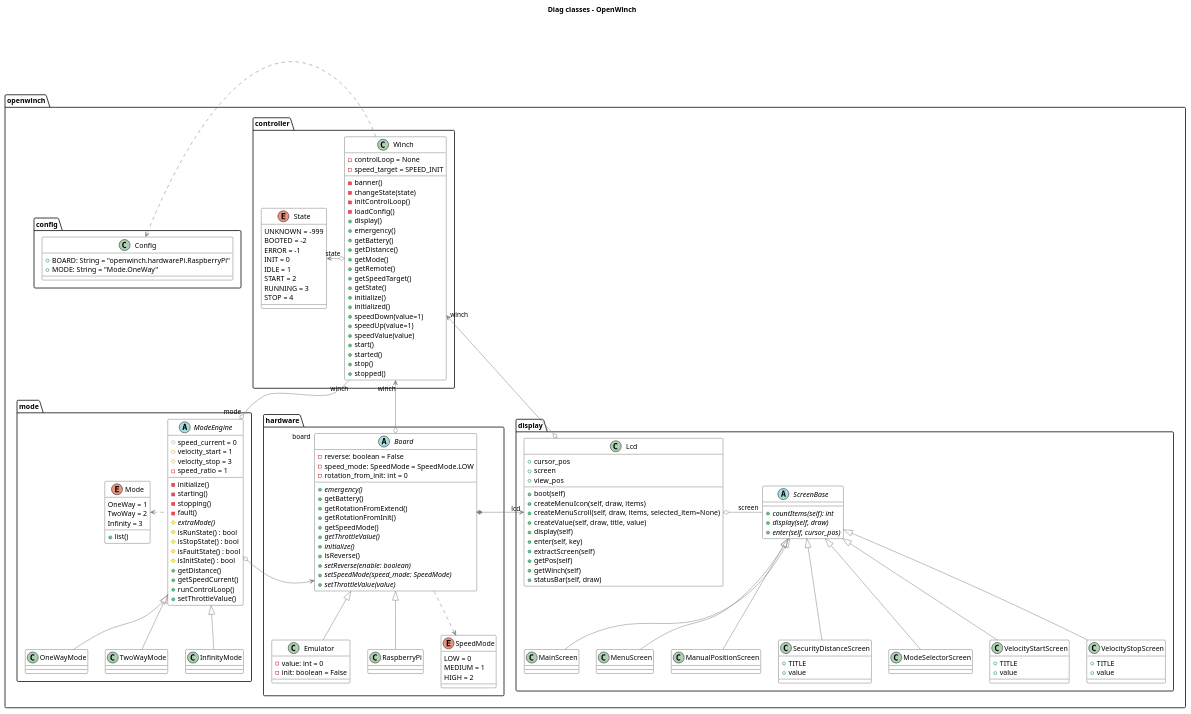
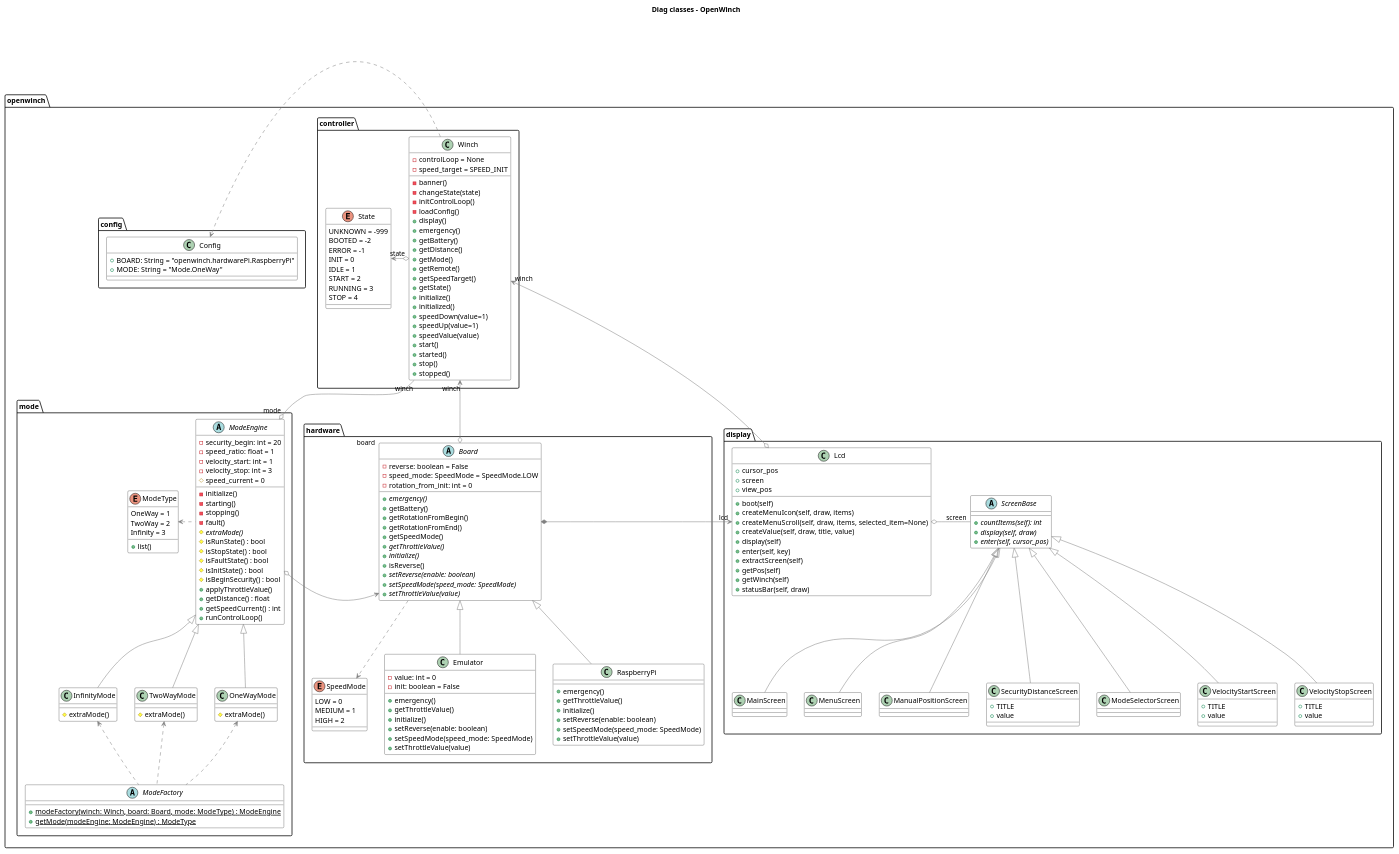
Before and after one commit to OpenWinch/OpenWinch-Python: the diagram in docs/diag_classes.puml, drawn with PlantUML. The commit also changed 5 other files, not shown here.

```diff
--- a/docs/diag_classes.puml
+++ b/docs/diag_classes.puml
@@ -52,18 +52,24 @@
 
 namespace openwinch.mode {
 
-    enum Mode {
+    enum ModeType {
         OneWay = 1
         TwoWay = 2
         Infinity = 3
         +list()
     }
 
+    abstract class ModeFactory {
+        {static}+modeFactory(winch: Winch, board: Board, mode: ModeType) : ModeEngine
+        {static}+getMode(modeEngine: ModeEngine) : ModeType
+    }
+
     abstract class ModeEngine {
+        -security_begin: int = 20
+        -speed_ratio: float = 1
+        -velocity_start: int = 1
+        -velocity_stop: int = 3
         #speed_current = 0
-        #velocity_start = 1
-        #velocity_stop = 3
-        -speed_ratio = 1
         -initialize()
         -starting()
         -stopping()
@@ -73,23 +79,38 @@
         #isStopState() : bool
         #isFaultState() : bool
         #isInitState() : bool
-        +getDistance()
-        +getSpeedCurrent()
+        #isBeginSecurity() : bool
+        +applyThrottleValue()
+        +getDistance() : float
+        +getSpeedCurrent() : int
         +runControlLoop()
-        +setThrottleValue()
     }
 
-    class OneWayMode extends ModeEngine
-    class TwoWayMode extends ModeEngine
-    class InfinityMode extends ModeEngine
+    class OneWayMode extends ModeEngine {
+        #extraMode()
+    }
+    class TwoWayMode extends ModeEngine{
+        #extraMode()
+    }
+    class InfinityMode extends ModeEngine{
+        #extraMode()
+    }
 
     ModeEngine o-right-> "board" openwinch.hardware.Board
     ModeEngine "mode" o-up- "winch" openwinch.controller.Winch
-    ModeEngine .left.> Mode
-
+    ModeEngine .left.> ModeType
+    ModeFactory .up.> OneWayMode
+    ModeFactory .up.> TwoWayMode
+    ModeFactory .up.> InfinityMode
 }
 
 namespace openwinch.hardware {
+
+    enum SpeedMode {
+        LOW = 0
+        MEDIUM = 1
+        HIGH = 2
+    }
 
     abstract class Board {
         -reverse: boolean = False
@@ -97,8 +118,8 @@
         -rotation_from_init: int = 0
         {abstract}+emergency()
         +getBattery()
-        +getRotationFromExtend()
-        +getRotationFromInit()
+        +getRotationFromBegin()
+        +getRotationFromEnd()
         +getSpeedMode()
         {abstract}+getThrottleValue()
         {abstract}+initialize()
@@ -111,15 +132,21 @@
     class Emulator extends Board {
         -value: int = 0
         -init: boolean = False
+        +emergency()
+        +getThrottleValue()
+        +initialize()
+        +setReverse(enable: boolean)
+        +setSpeedMode(speed_mode: SpeedMode)
+        +setThrottleValue(value)
     }
 
     class RaspberryPi extends Board {
-    }
-
-    enum SpeedMode {
-        LOW = 0
-        MEDIUM = 1
-        HIGH = 2
+        +emergency()
+        +getThrottleValue()
+        +initialize()
+        +setReverse(enable: boolean)
+        +setSpeedMode(speed_mode: SpeedMode)
+        +setThrottleValue(value)
     }
 
     Board ..> SpeedMode
```
